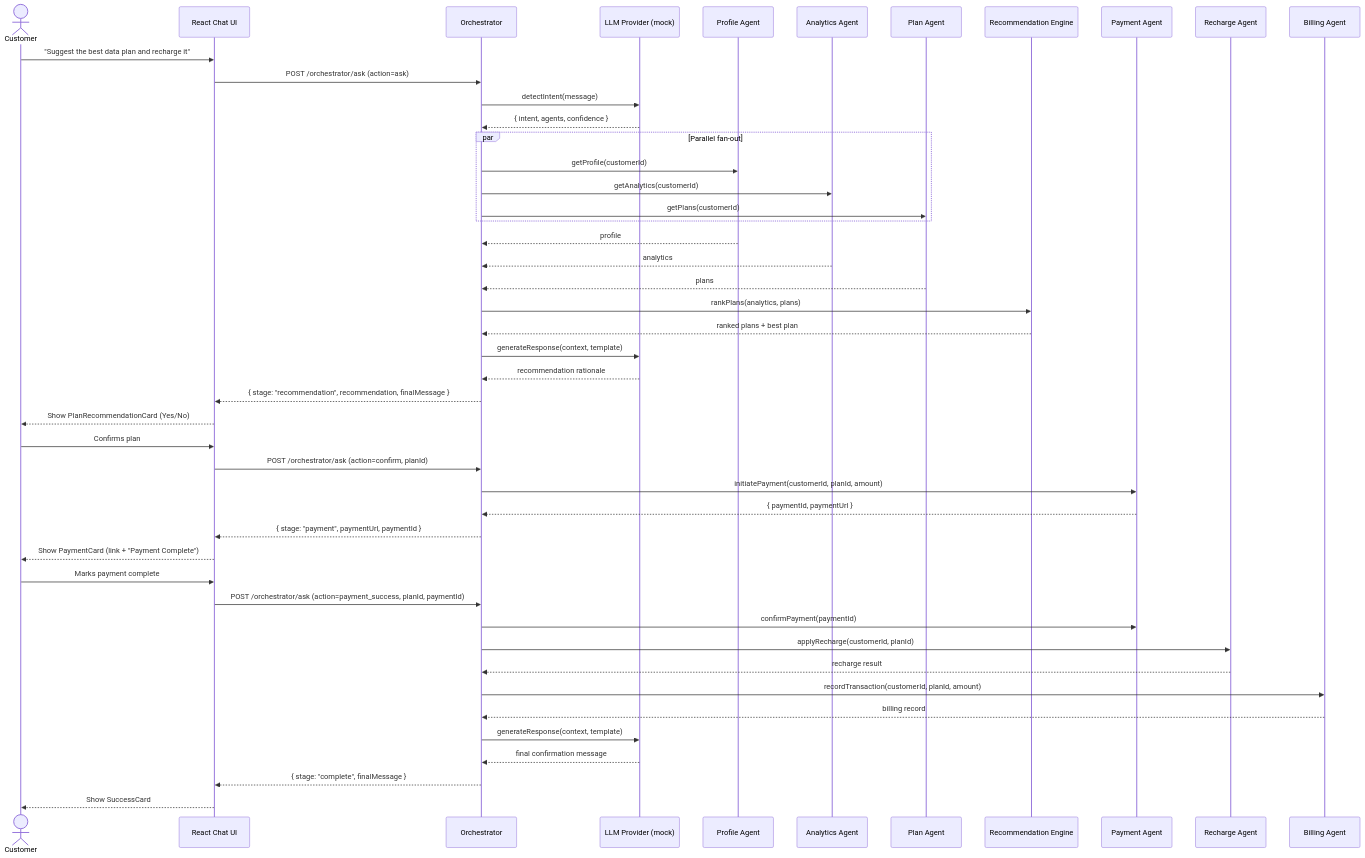
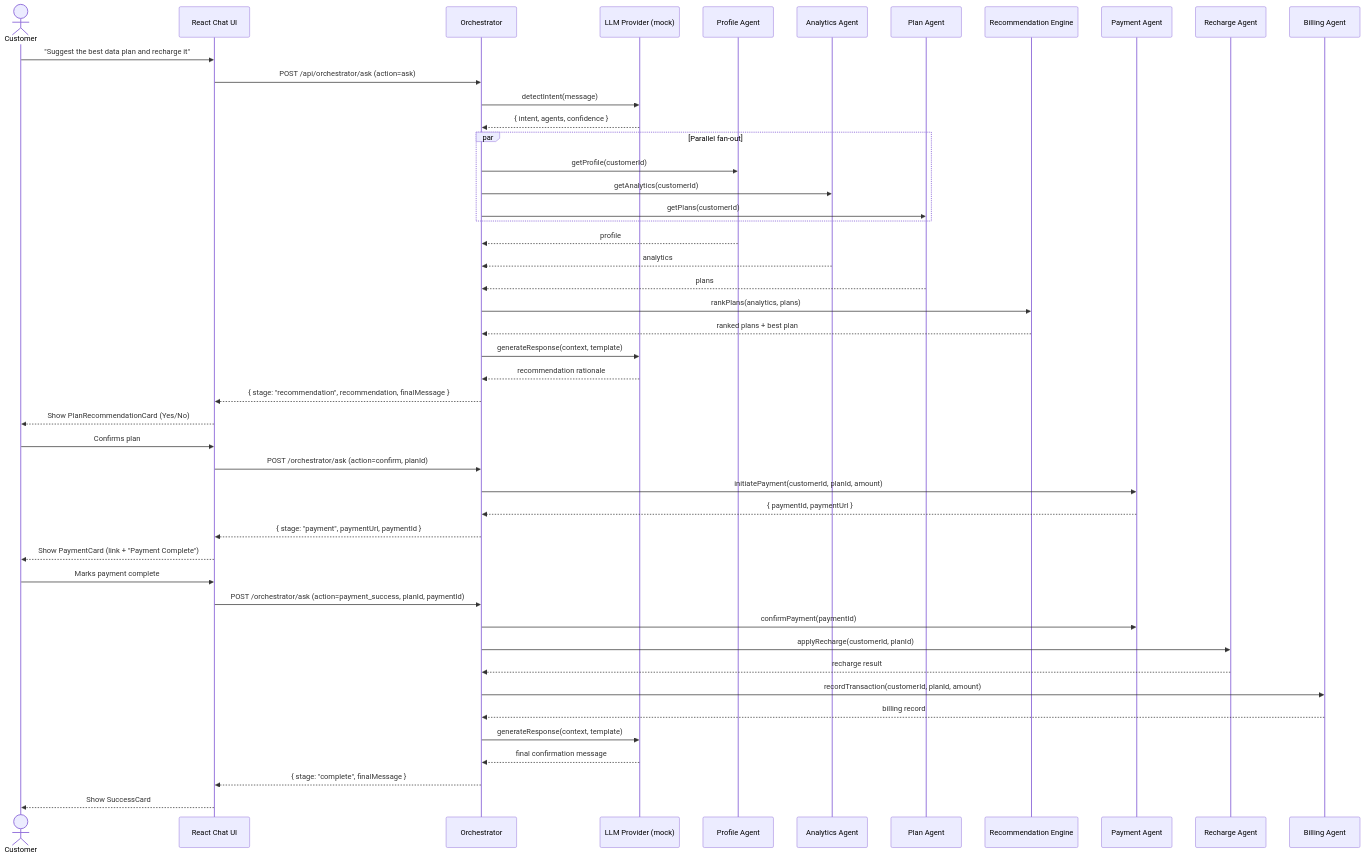
One commit to sumanaSarkar/capg-telecom-ai changed the diagram in README.md. Above: the diagram before and after it, drawn with Mermaid.

Commit message:
Potential fix for pull request finding

````diff
--- a/README.md
+++ b/README.md
@@ -57,54 +57,54 @@
 ```mermaid
 sequenceDiagram
     actor U as Customer
     participant FE as React Chat UI
     participant O as Orchestrator
     participant LLM as LLM Provider (mock)
     participant P as Profile Agent
     participant A as Analytics Agent
     participant PL as Plan Agent
     participant R as Recommendation Engine
     participant PAY as Payment Agent
     participant RC as Recharge Agent
     participant B as Billing Agent
 
     U->>FE: "Suggest the best data plan and recharge it"
-    FE->>O: POST /orchestrator/ask (action=ask)
+    FE->>O: POST /api/orchestrator/ask (action=ask)
     O->>LLM: detectIntent(message)
     LLM-->>O: { intent, agents, confidence }
 
     par Parallel fan-out
         O->>P: getProfile(customerId)
         O->>A: getAnalytics(customerId)
         O->>PL: getPlans(customerId)
     end
     P-->>O: profile
     A-->>O: analytics
     PL-->>O: plans
 
     O->>R: rankPlans(analytics, plans)
     R-->>O: ranked plans + best plan
     O->>LLM: generateResponse(context, template)
     LLM-->>O: recommendation rationale
     O-->>FE: { stage: "recommendation", recommendation, finalMessage }
     FE-->>U: Show PlanRecommendationCard (Yes/No)
 
     U->>FE: Confirms plan
     FE->>O: POST /orchestrator/ask (action=confirm, planId)
     O->>PAY: initiatePayment(customerId, planId, amount)
     PAY-->>O: { paymentId, paymentUrl }
     O-->>FE: { stage: "payment", paymentUrl, paymentId }
     FE-->>U: Show PaymentCard (link + "Payment Complete")
 
     U->>FE: Marks payment complete
     FE->>O: POST /orchestrator/ask (action=payment_success, planId, paymentId)
     O->>PAY: confirmPayment(paymentId)
     O->>RC: applyRecharge(customerId, planId)
     RC-->>O: recharge result
     O->>B: recordTransaction(customerId, planId, amount)
     B-->>O: billing record
     O->>LLM: generateResponse(context, template)
     LLM-->>O: final confirmation message
     O-->>FE: { stage: "complete", finalMessage }
     FE-->>U: Show SuccessCard
 ```
````
